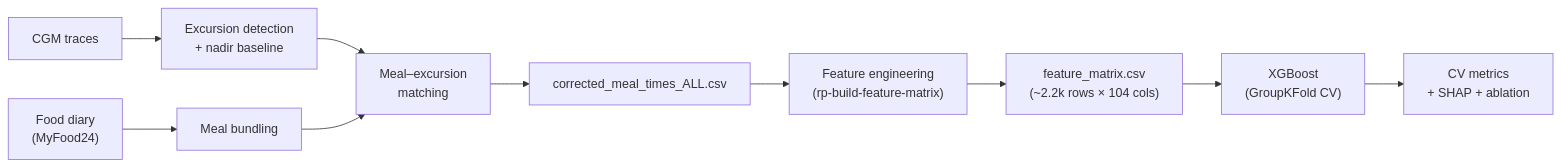
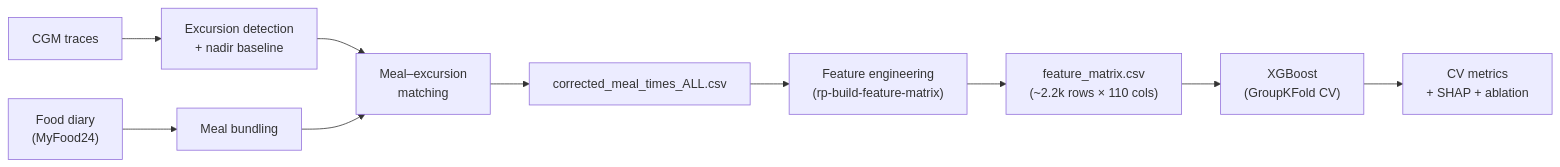
The diagram in README.md (jmsorando/BS-Research-Project-Personalized-Glucose-Prediction), drawn with Mermaid before and after one commit. The commit also changed other lines of this file and 22 other files, not shown here.

````diff
--- a/README.md
+++ b/README.md
@@ -27,12 +27,12 @@
 ```mermaid
 flowchart LR
     A["CGM traces"] --> B["Excursion detection\n+ nadir baseline"]
     C["Food diary\n(MyFood24)"] --> D["Meal bundling"]
     B --> E["Meal–excursion\nmatching"]
     D --> E
     E --> F["corrected_meal_times_ALL.csv"]
     F --> G["Feature engineering\n(rp-build-feature-matrix)"]
-    G --> H["feature_matrix.csv\n(~2.2k rows × 104 cols)"]
+    G --> H["feature_matrix.csv\n(~2.2k rows × 110 cols)"]
     H --> I["XGBoost\n(GroupKFold CV)"]
     I --> J["CV metrics\n+ SHAP + ablation"]
 ```
````
